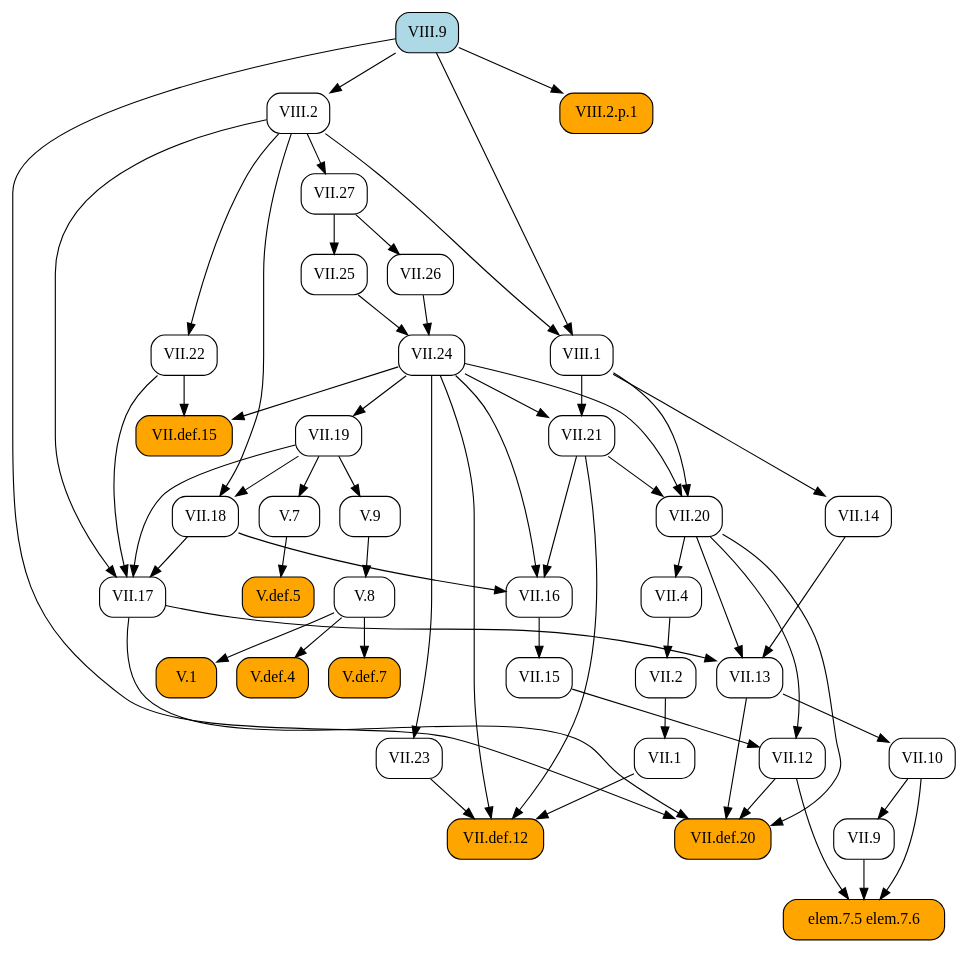
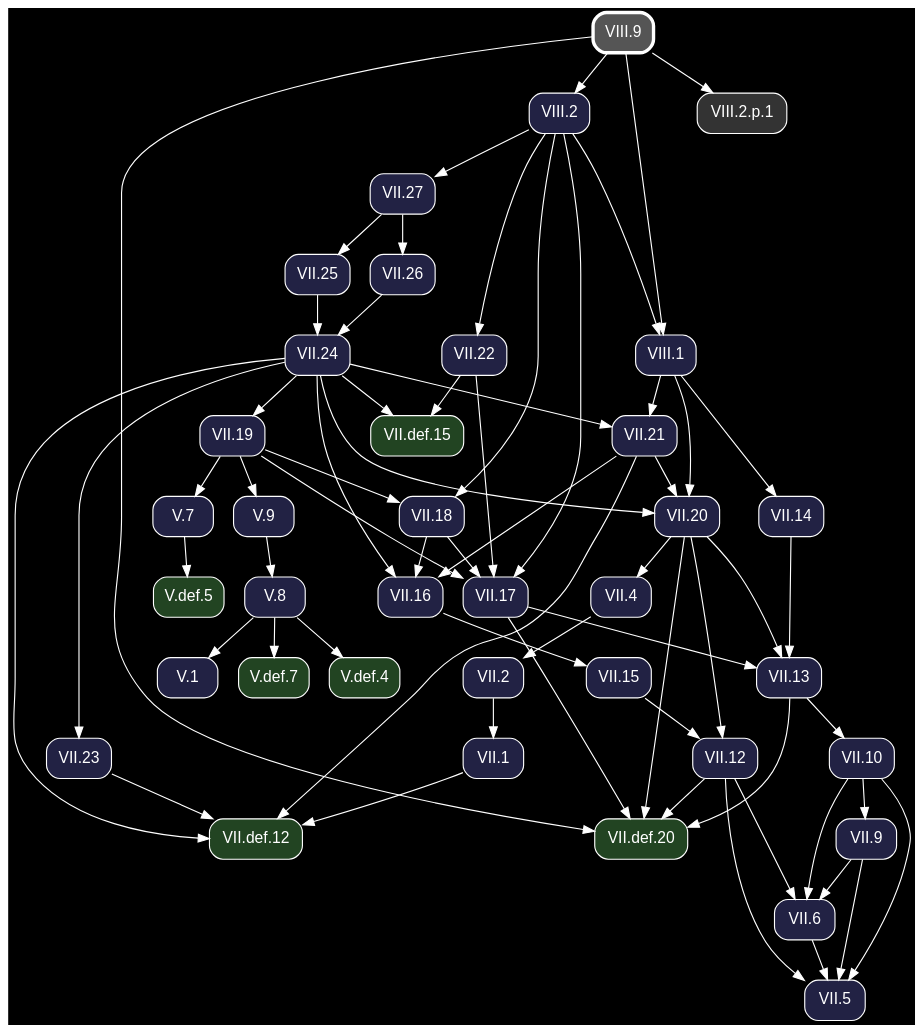
Before and after one commit to geometor/elements: the diagram in docsrc/heath/VIII/9/index.rst, drawn with Graphviz. The commit also changed other lines of this file and 1200 other files, not shown here.

Commit message:
update dependency graphs

```diff
--- a/docsrc/heath/VIII/9/index.rst
+++ b/docsrc/heath/VIII/9/index.rst
@@ -52,101 +52,108 @@
 .. graphviz::
 
    digraph {
+     bgcolor="black";
+     node [shape=box, style="rounded,filled", fontname="Helvetica", color="white", fontcolor="white"];
+     edge [color="white", fontcolor="white"];
      rankdir="TB";
-     node [shape=box, style=rounded];
-     "VII.12" [URL="/heath/VII/12/", target="_top"];
-     "elem.7.5 elem.7.6" [style="rounded,filled", fillcolor=orange];
-     "VII.9" [URL="/heath/VII/9/", target="_top"];
-     "VIII.2" [URL="/heath/VIII/2/", target="_top"];
-     "VII.18" [URL="/heath/VII/18/", target="_top"];
-     "VII.16" [URL="/heath/VII/16/", target="_top"];
-     "V.7" [URL="/heath/V/7/", target="_top"];
-     "VIII.9" [style="rounded,filled", fillcolor=lightblue, URL="/heath/VIII/9/", target="_top"];
-     "VII.26" [URL="/heath/VII/26/", target="_top"];
-     "V.def.5" [style="rounded,filled", fillcolor=orange, URL="/heath/V/def.5/", target="_top"];
-     "V.9" [URL="/heath/V/9/", target="_top"];
-     "VII.10" [URL="/heath/VII/10/", target="_top"];
-     "VII.13" [URL="/heath/VII/13/", target="_top"];
-     "VII.def.15" [style="rounded,filled", fillcolor=orange, URL="/heath/VII/def.15/", target="_top"];
-     "VII.17" [URL="/heath/VII/17/", target="_top"];
-     "VIII.2.p.1" [style="rounded,filled", fillcolor=orange];
-     "VII.19" [URL="/heath/VII/19/", target="_top"];
-     "VII.2" [URL="/heath/VII/2/", target="_top"];
-     "VII.def.20" [style="rounded,filled", fillcolor=orange, URL="/heath/VII/def.20/", target="_top"];
-     "VII.15" [URL="/heath/VII/15/", target="_top"];
-     "V.def.4" [style="rounded,filled", fillcolor=orange, URL="/heath/V/def.4/", target="_top"];
-     "V.def.7" [style="rounded,filled", fillcolor=orange, URL="/heath/V/def.7/", target="_top"];
-     "VII.14" [URL="/heath/VII/14/", target="_top"];
-     "VII.27" [URL="/heath/VII/27/", target="_top"];
-     "VII.21" [URL="/heath/VII/21/", target="_top"];
-     "VII.22" [URL="/heath/VII/22/", target="_top"];
-     "VII.25" [URL="/heath/VII/25/", target="_top"];
-     "VIII.1" [URL="/heath/VIII/1/", target="_top"];
-     "VII.1" [URL="/heath/VII/1/", target="_top"];
-     "V.8" [URL="/heath/V/8/", target="_top"];
-     "VII.23" [URL="/heath/VII/23/", target="_top"];
-     "VII.4" [URL="/heath/VII/4/", target="_top"];
-     "VII.def.12" [style="rounded,filled", fillcolor=orange, URL="/heath/VII/def.12/", target="_top"];
-     "V.1" [style="rounded,filled", fillcolor=orange, URL="/heath/V/1/", target="_top"];
-     "VII.24" [URL="/heath/VII/24/", target="_top"];
-     "VII.20" [URL="/heath/VII/20/", target="_top"];
-     "VII.15" -> "VII.12";
-     "VII.20" -> "VII.12";
-     "VII.9" -> "elem.7.5 elem.7.6";
-     "VII.10" -> "elem.7.5 elem.7.6";
-     "VII.12" -> "elem.7.5 elem.7.6";
-     "VII.10" -> "VII.9";
-     "VIII.9" -> "VIII.2";
+     "V.def.5" [fillcolor="#224422", URL="/heath/V/def.5/", target="_top"];
+     "VII.18" [fillcolor="#222244", URL="/heath/VII/18/", target="_top"];
+     "VII.2" [fillcolor="#222244", URL="/heath/VII/2/", target="_top"];
+     "VIII.9" [penwidth=3, color="white", fillcolor="#555555", URL="/heath/VIII/9/", target="_top"];
+     "VII.def.20" [fillcolor="#224422", URL="/heath/VII/def.20/", target="_top"];
+     "VII.26" [fillcolor="#222244", URL="/heath/VII/26/", target="_top"];
+     "VII.1" [fillcolor="#222244", URL="/heath/VII/1/", target="_top"];
+     "VII.13" [fillcolor="#222244", URL="/heath/VII/13/", target="_top"];
+     "VIII.2.p.1" [fillcolor="#333333"];
+     "VII.27" [fillcolor="#222244", URL="/heath/VII/27/", target="_top"];
+     "VII.4" [fillcolor="#222244", URL="/heath/VII/4/", target="_top"];
+     "VII.25" [fillcolor="#222244", URL="/heath/VII/25/", target="_top"];
+     "VII.21" [fillcolor="#222244", URL="/heath/VII/21/", target="_top"];
+     "VII.9" [fillcolor="#222244", URL="/heath/VII/9/", target="_top"];
+     "V.7" [fillcolor="#222244", URL="/heath/V/7/", target="_top"];
+     "VII.12" [fillcolor="#222244", URL="/heath/VII/12/", target="_top"];
+     "V.9" [fillcolor="#222244", URL="/heath/V/9/", target="_top"];
+     "VII.17" [fillcolor="#222244", URL="/heath/VII/17/", target="_top"];
+     "VII.24" [fillcolor="#222244", URL="/heath/VII/24/", target="_top"];
+     "VII.22" [fillcolor="#222244", URL="/heath/VII/22/", target="_top"];
+     "VIII.2" [fillcolor="#222244", URL="/heath/VIII/2/", target="_top"];
+     "V.def.7" [fillcolor="#224422", URL="/heath/V/def.7/", target="_top"];
+     "VII.20" [fillcolor="#222244", URL="/heath/VII/20/", target="_top"];
+     "V.def.4" [fillcolor="#224422", URL="/heath/V/def.4/", target="_top"];
+     "VII.5" [fillcolor="#222244", URL="/heath/VII/5/", target="_top"];
+     "VII.def.15" [fillcolor="#224422", URL="/heath/VII/def.15/", target="_top"];
+     "VII.6" [fillcolor="#222244", URL="/heath/VII/6/", target="_top"];
+     "VII.16" [fillcolor="#222244", URL="/heath/VII/16/", target="_top"];
+     "VII.15" [fillcolor="#222244", URL="/heath/VII/15/", target="_top"];
+     "V.1" [fillcolor="#222244", URL="/heath/V/1/", target="_top"];
+     "VII.10" [fillcolor="#222244", URL="/heath/VII/10/", target="_top"];
+     "VII.23" [fillcolor="#222244", URL="/heath/VII/23/", target="_top"];
+     "VII.def.12" [fillcolor="#224422", URL="/heath/VII/def.12/", target="_top"];
+     "VIII.1" [fillcolor="#222244", URL="/heath/VIII/1/", target="_top"];
+     "VII.19" [fillcolor="#222244", URL="/heath/VII/19/", target="_top"];
+     "V.8" [fillcolor="#222244", URL="/heath/V/8/", target="_top"];
+     "VII.14" [fillcolor="#222244", URL="/heath/VII/14/", target="_top"];
+     "V.7" -> "V.def.5";
      "VII.19" -> "VII.18";
      "VIII.2" -> "VII.18";
-     "VII.18" -> "VII.16";
-     "VII.21" -> "VII.16";
-     "VII.24" -> "VII.16";
-     "VII.19" -> "V.7";
-     "VII.27" -> "VII.26";
-     "V.7" -> "V.def.5";
-     "VII.19" -> "V.9";
-     "VII.13" -> "VII.10";
-     "VII.14" -> "VII.13";
-     "VII.17" -> "VII.13";
-     "VII.20" -> "VII.13";
-     "VII.22" -> "VII.def.15";
-     "VII.24" -> "VII.def.15";
-     "VII.18" -> "VII.17";
-     "VII.19" -> "VII.17";
-     "VII.22" -> "VII.17";
-     "VIII.2" -> "VII.17";
-     "VIII.9" -> "VIII.2.p.1";
-     "VII.24" -> "VII.19";
      "VII.4" -> "VII.2";
      "VII.12" -> "VII.def.20";
      "VII.13" -> "VII.def.20";
      "VII.17" -> "VII.def.20";
      "VII.20" -> "VII.def.20";
      "VIII.9" -> "VII.def.20";
-     "VII.16" -> "VII.15";
-     "V.8" -> "V.def.4";
-     "V.8" -> "V.def.7";
-     "VIII.1" -> "VII.14";
+     "VII.27" -> "VII.26";
+     "VII.2" -> "VII.1";
+     "VII.14" -> "VII.13";
+     "VII.17" -> "VII.13";
+     "VII.20" -> "VII.13";
+     "VIII.9" -> "VIII.2.p.1";
      "VIII.2" -> "VII.27";
+     "VII.20" -> "VII.4";
+     "VII.27" -> "VII.25";
      "VII.24" -> "VII.21";
      "VIII.1" -> "VII.21";
+     "VII.10" -> "VII.9";
+     "VII.19" -> "V.7";
+     "VII.15" -> "VII.12";
+     "VII.20" -> "VII.12";
+     "VII.19" -> "V.9";
+     "VII.18" -> "VII.17";
+     "VII.19" -> "VII.17";
+     "VII.22" -> "VII.17";
+     "VIII.2" -> "VII.17";
+     "VII.25" -> "VII.24";
+     "VII.26" -> "VII.24";
      "VIII.2" -> "VII.22";
-     "VII.27" -> "VII.25";
-     "VIII.2" -> "VIII.1";
-     "VIII.9" -> "VIII.1";
-     "VII.2" -> "VII.1";
-     "V.9" -> "V.8";
+     "VIII.9" -> "VIII.2";
+     "V.8" -> "V.def.7";
+     "VII.21" -> "VII.20";
+     "VII.24" -> "VII.20";
+     "VIII.1" -> "VII.20";
+     "V.8" -> "V.def.4";
+     "VII.6" -> "VII.5";
+     "VII.9" -> "VII.5";
+     "VII.10" -> "VII.5";
+     "VII.12" -> "VII.5";
+     "VII.22" -> "VII.def.15";
+     "VII.24" -> "VII.def.15";
+     "VII.9" -> "VII.6";
+     "VII.10" -> "VII.6";
+     "VII.12" -> "VII.6";
+     "VII.18" -> "VII.16";
+     "VII.21" -> "VII.16";
+     "VII.24" -> "VII.16";
+     "VII.16" -> "VII.15";
+     "V.8" -> "V.1";
+     "VII.13" -> "VII.10";
      "VII.24" -> "VII.23";
-     "VII.20" -> "VII.4";
      "VII.1" -> "VII.def.12";
      "VII.21" -> "VII.def.12";
      "VII.23" -> "VII.def.12";
      "VII.24" -> "VII.def.12";
-     "V.8" -> "V.1";
-     "VII.25" -> "VII.24";
-     "VII.26" -> "VII.24";
-     "VII.21" -> "VII.20";
-     "VII.24" -> "VII.20";
-     "VIII.1" -> "VII.20";
+     "VIII.2" -> "VIII.1";
+     "VIII.9" -> "VIII.1";
+     "VII.24" -> "VII.19";
+     "V.9" -> "V.8";
+     "VIII.1" -> "VII.14";
    }
```
